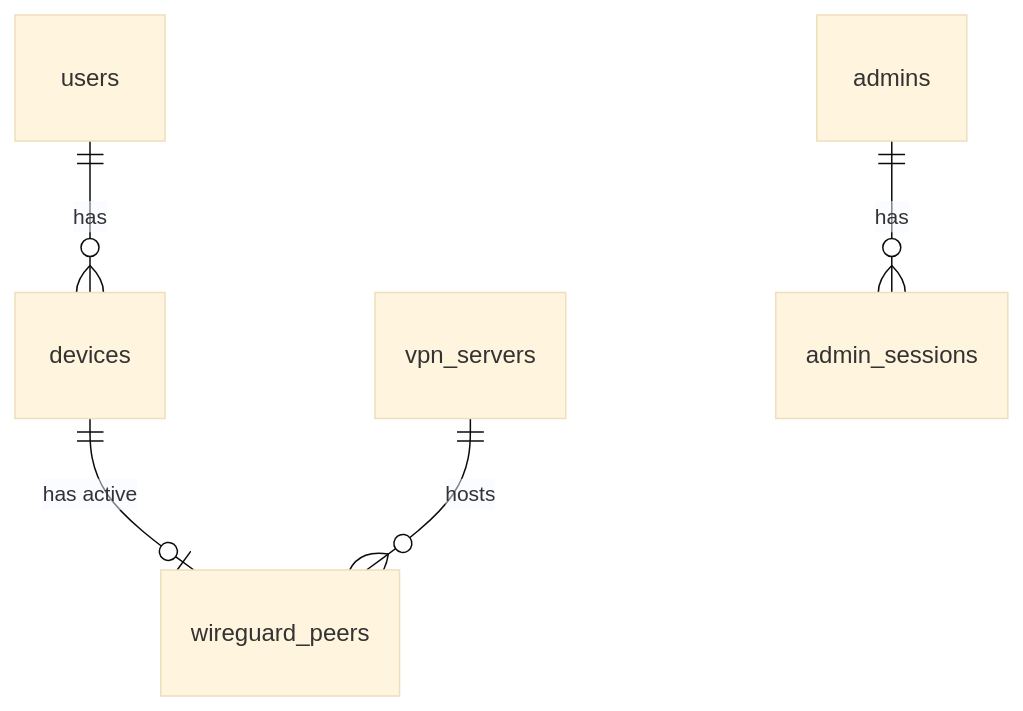
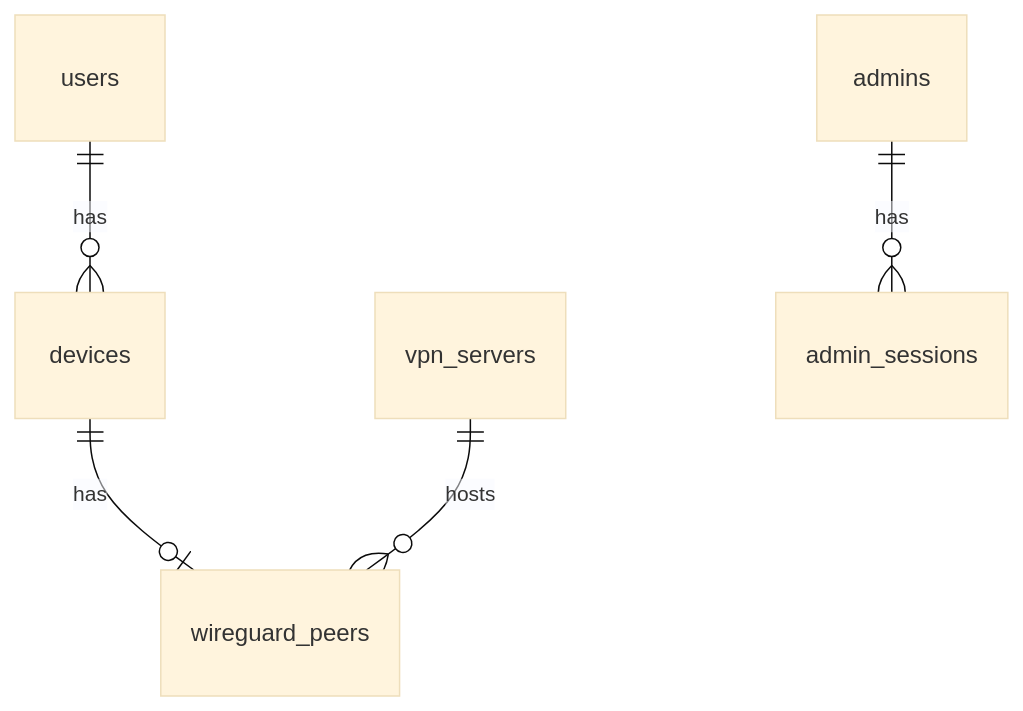
The diagram in docs/database.md (TomasPetrik/vpn), drawn with Mermaid (base theme) before and after one commit. The commit also changed other lines of this file and 7 other files, not shown here.

````diff
--- a/docs/database.md
+++ b/docs/database.md
@@ -7,7 +21,7 @@
 ```mermaid
 erDiagram
   users ||--o{ devices : has
-  devices ||--o| wireguard_peers : "has active"
+  devices ||--o| wireguard_peers : has
   vpn_servers ||--o{ wireguard_peers : hosts
   admins ||--o{ admin_sessions : has
 ```
````
